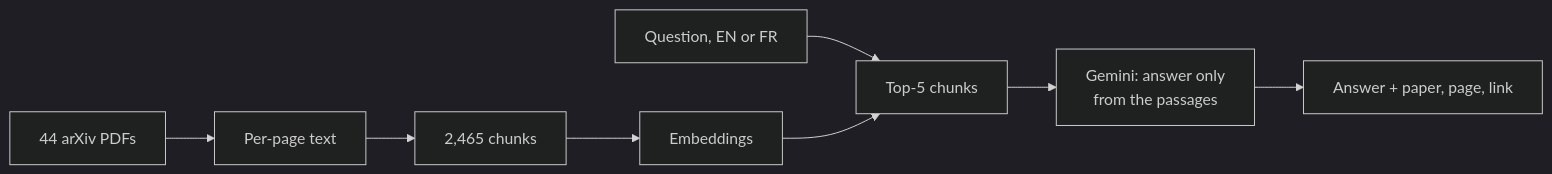
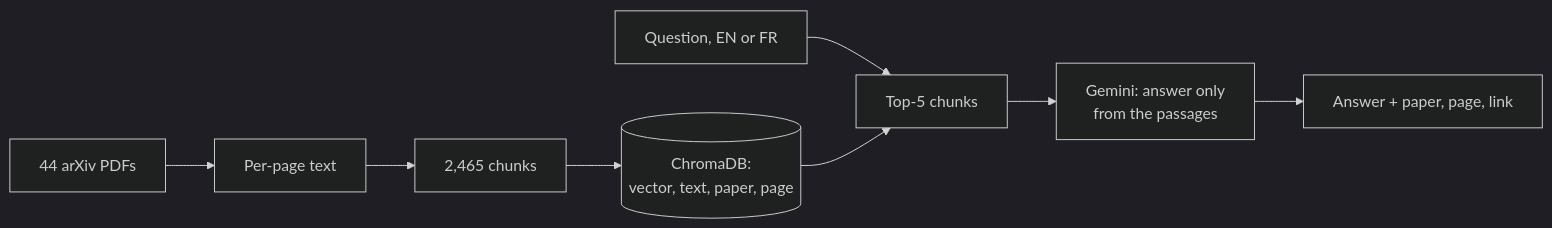
One commit to AYMANE-SNOUSSI/adversarial-attacks-rag changed the first of 2 diagrams in README.md. Above: the diagram before and after it, drawn with Mermaid (dark theme). The commit also changed other lines of this file and 14 other files, not shown here.

Commit message:
Store chunks in ChromaDB instead of a NumPy array

````diff
--- a/README.md
+++ b/README.md
@@ -43,6 +43,6 @@
 ```mermaid
 flowchart LR
-    A[44 arXiv PDFs] --> B[Per-page text] --> C[2,465 chunks] --> D[Embeddings]
+    A[44 arXiv PDFs] --> B[Per-page text] --> C[2,465 chunks] --> D[(ChromaDB:<br/>vector, text, paper, page)]
     Q[Question, EN or FR] --> R[Top-5 chunks]
     D --> R --> L[Gemini: answer only<br/>from the passages] --> O[Answer + paper, page, link]
 ```
````
